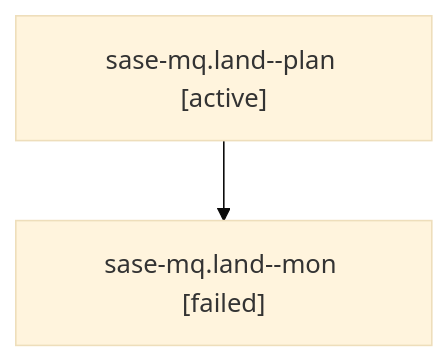
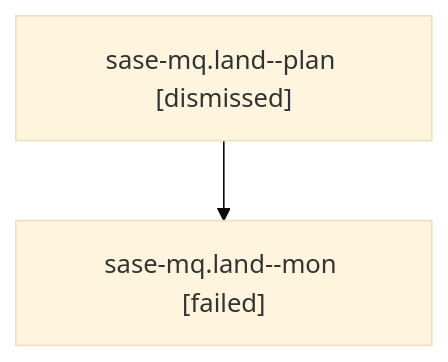
One commit to sase-org/sase--agents changed the diagram in sessions/bbugyi200.athena.sase-mq.land.md. Above: the diagram before and after it, drawn with Mermaid (base theme). The commit also changed other lines of this file and 128 other files, not shown here.

````diff
--- a/sessions/bbugyi200.athena.sase-mq.land.md
+++ b/sessions/bbugyi200.athena.sase-mq.land.md
@@ -9,6 +9,6 @@
 ```mermaid
 flowchart TD
-  n0["sase-mq.land--plan [active]"]
+  n0["sase-mq.land--plan [dismissed]"]
   n1["sase-mq.land--mon [failed]"]
   n0 --> n1
 ```
````
